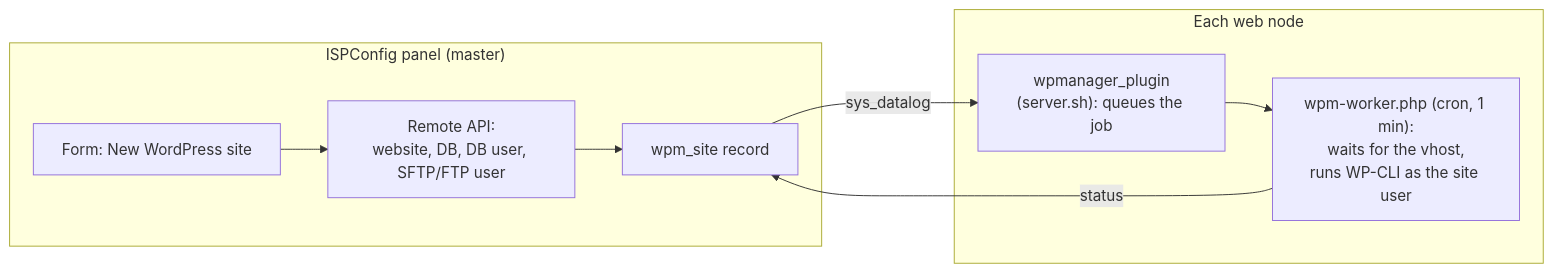
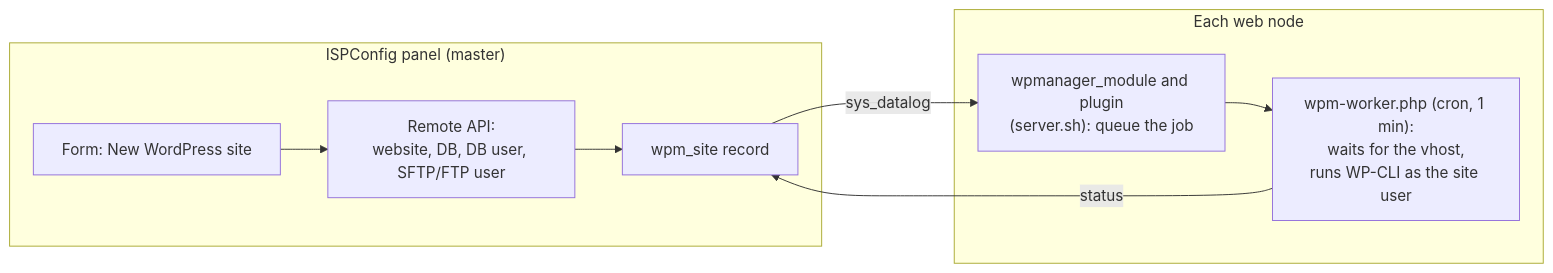
One commit to stekky81/ispconfig-wp-manager changed the diagram in README.md. Above: the diagram before and after it, drawn with Mermaid. The commit also changed other lines of this file and 5 other files, not shown here.

````diff
--- a/README.md
+++ b/README.md
@@ -36,16 +51,16 @@
 ```mermaid
 flowchart LR
     subgraph panel["ISPConfig panel (master)"]
         form["Form: New WordPress site"]
         api["Remote API:<br/>website, DB, DB user, SFTP/FTP user"]
         rec["wpm_site record"]
         form --> api --> rec
     end
     subgraph webnode["Each web node"]
-        plugin["wpmanager_plugin<br/>(server.sh): queues the job"]
+        plugin["wpmanager_module and plugin<br/>(server.sh): queue the job"]
         worker["wpm-worker.php (cron, 1 min):<br/>waits for the vhost,<br/>runs WP-CLI as the site user"]
         plugin --> worker
     end
     rec -- sys_datalog --> plugin
     worker -- status --> rec
 ```
````
